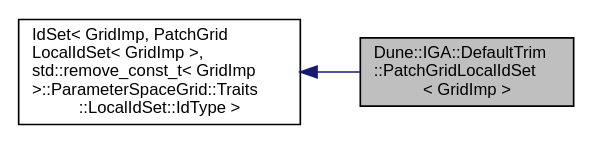
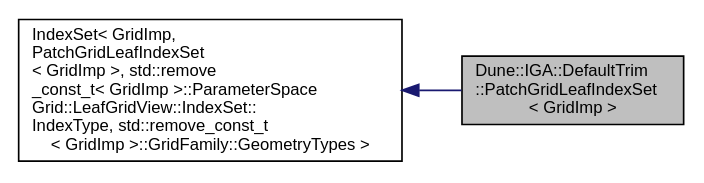
The diagram in d0/da4/a01470.dot (rath3t/dune-iga-doc), drawn with Graphviz before and after one commit. The commit also changed 1366 other files, not shown here.

Commit message:
deploy: rath3t/dune-iga@969adfa9f2f619d4a726f631c2d194354445b194

```diff
--- a/d0/da4/a01470.dot
+++ b/d0/da4/a01470.dot
@@ -1,10 +1,10 @@
-digraph "Dune::IGA::DefaultTrim::PatchGridLocalIdSet&lt; GridImp &gt;"
+digraph "Dune::IGA::DefaultTrim::PatchGridLeafIndexSet&lt; GridImp &gt;"
 {
  // LATEX_PDF_SIZE
   edge [fontname="Helvetica",fontsize="10",labelfontname="Helvetica",labelfontsize="10"];
   node [fontname="Helvetica",fontsize="10",shape=record];
   rankdir="LR";
-  Node1 [label="Dune::IGA::DefaultTrim\l::PatchGridLocalIdSet\l\< GridImp \>",height=0.2,width=0.4,color="black", fillcolor="grey75", style="filled", fontcolor="black",tooltip=" "];
+  Node1 [label="Dune::IGA::DefaultTrim\l::PatchGridLeafIndexSet\l\< GridImp \>",height=0.2,width=0.4,color="black", fillcolor="grey75", style="filled", fontcolor="black",tooltip=" "];
   Node2 -> Node1 [dir="back",color="midnightblue",fontsize="10",style="solid",fontname="Helvetica"];
-  Node2 [label="IdSet\< GridImp, PatchGrid\lLocalIdSet\< GridImp \>,\l std::remove_const_t\< GridImp\l \>::ParameterSpaceGrid::Traits\l::LocalIdSet::IdType \>",height=0.2,width=0.4,color="black", fillcolor="white", style="filled",tooltip=" "];
+  Node2 [label="IndexSet\< GridImp,\l PatchGridLeafIndexSet\l\< GridImp \>, std::remove\l_const_t\< GridImp \>::ParameterSpace\lGrid::LeafGridView::IndexSet::\lIndexType, std::remove_const_t\l\< GridImp \>::GridFamily::GeometryTypes \>",height=0.2,width=0.4,color="black", fillcolor="white", style="filled",tooltip=" "];
 }
```
